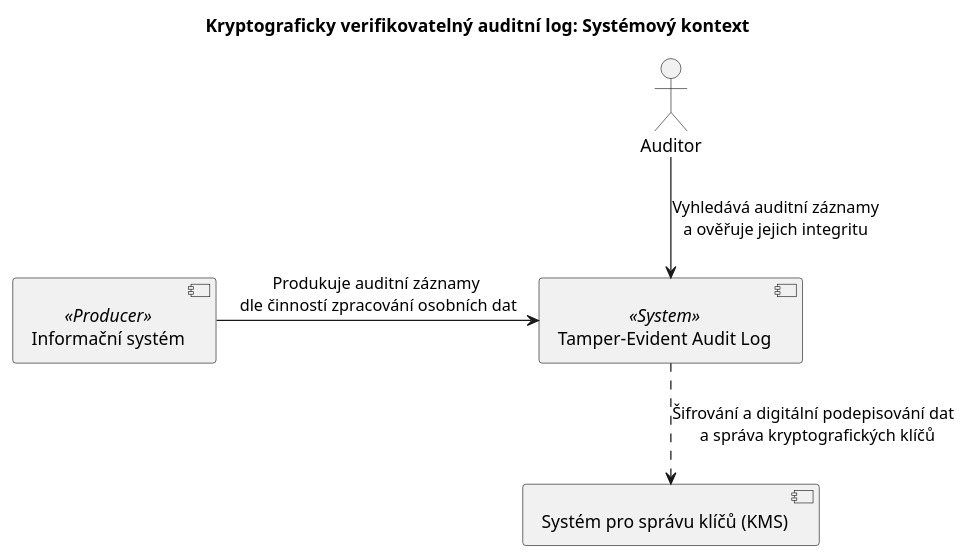
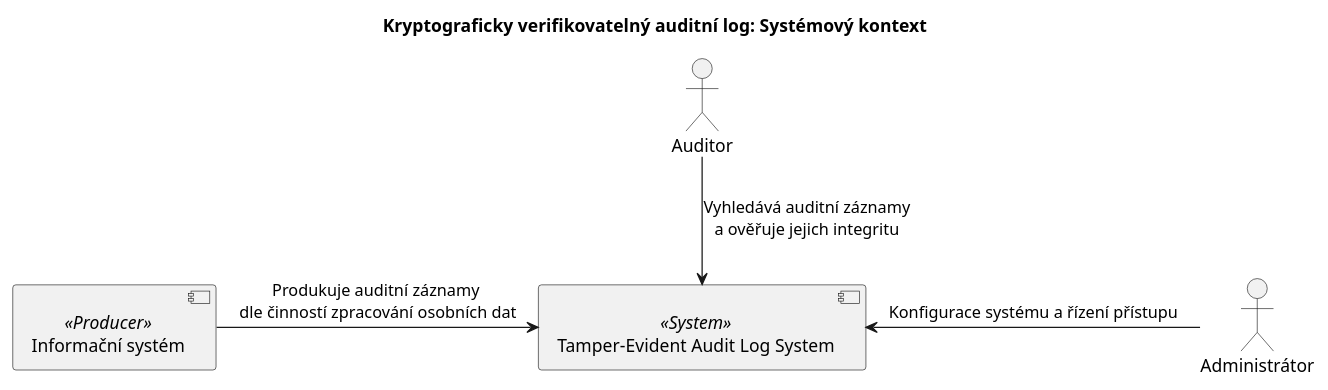
The diagram in docs/architecture/1-system-context.puml (andrlikjirka/dp-teals), drawn with PlantUML before and after one commit. The commit also changed 2 other files, not shown here.

Commit message:
Diagram of c4 architecture

```diff
--- a/docs/architecture/1-system-context.puml
+++ b/docs/architecture/1-system-context.puml
@@ -1,16 +1,16 @@
 @startuml
 
 title "Kryptograficky verifikovatelný auditní log: Systémový kontext"
 
 actor "Auditor" as Auditor
 [Informační systém] as Producer <<Producer>>
-component "Systém pro správu klíčů (KMS)" as KMS
-[Tamper-Evident Audit Log] as TEALS <<System>>
-'actor "Administrátor" as Admin
+'component "Systém pro správu klíčů (KMS)" as KMS
+[Tamper-Evident Audit Log System] as TEALS <<System>>
+actor "Administrátor" as Admin
 
 Auditor --> TEALS : Vyhledává auditní záznamy\na ověřuje jejich integritu
 Producer -> TEALS : Produkuje auditní záznamy \ndle činností zpracování osobních dat
-TEALS ..> KMS: Šifrování a digitální podepisování dat \n a správa kryptografických klíčů
-'TEALS <- Admin: Konfigurace systému a řízení přístupu
+'TEALS ..> KMS: Šifrování a digitální podepisování dat \n a správa kryptografických klíčů
+TEALS <- Admin: Konfigurace systému a řízení přístupu
 
 @enduml
```
